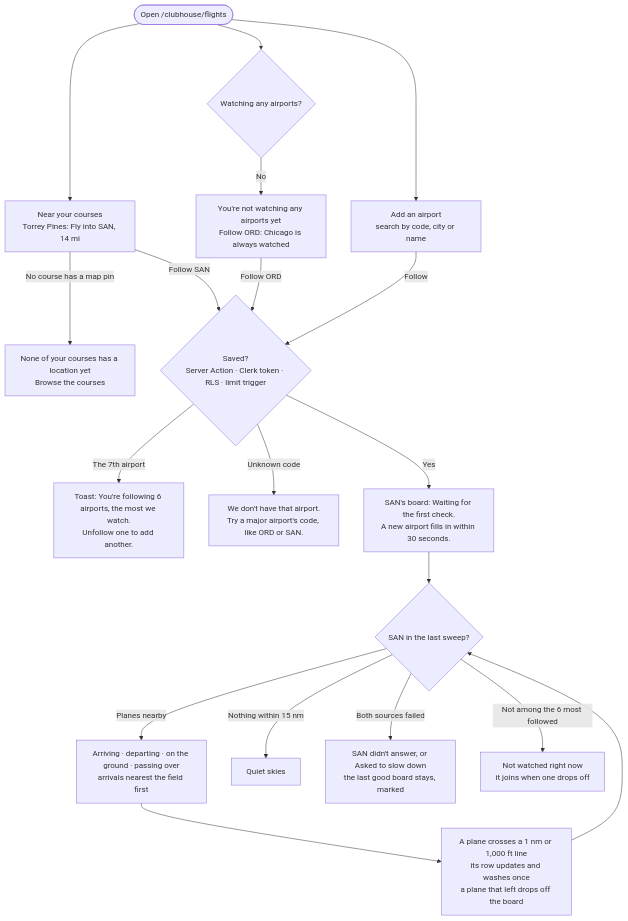
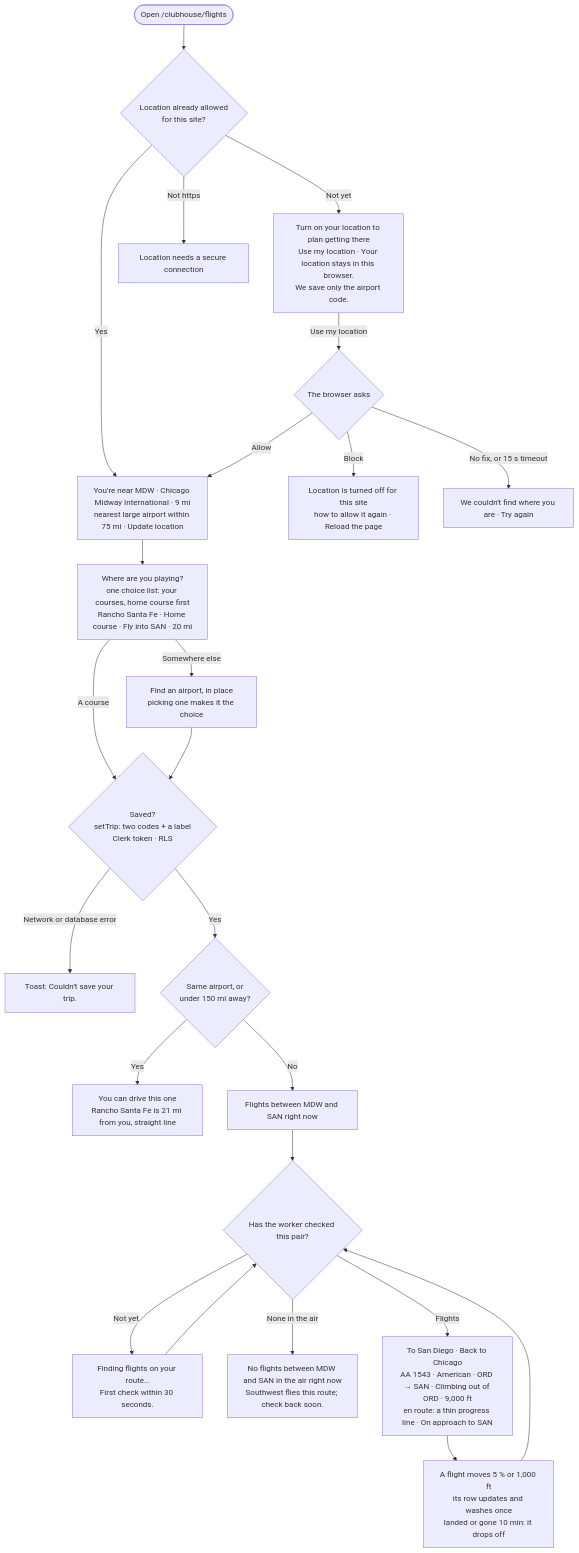
One commit to hewittw/18-eagles-members changed the fifth of 7 diagrams in flows.md. Above: the diagram before and after it, drawn with Mermaid. The commit also changed other lines of this file and 8 other files, not shown here.

Commit message:
docs: Flights as a trip (data-flow as built, flow 5, README sources and budget incl. adsbdb, credits, talking points, log)

````diff
--- a/flows.md
+++ b/flows.md
@@ -129,21 +130,26 @@
 ```mermaid
 flowchart TD
-  A0([Open /clubhouse/flights]) --> A1["Near your courses<br/>Torrey Pines: Fly into SAN, 14 mi"]
-  A1 -- "No course has a map pin" --> A2["None of your courses has a location yet<br/>Browse the courses"]
-  A0 --> A3{"Watching any airports?"}
-  A3 -- "No" --> A4["You're not watching any airports yet<br/>Follow ORD: Chicago is always watched"]
-  A0 --> A5["Add an airport<br/>search by code, city or name"]
-  A1 -- "Follow SAN" --> V1
-  A4 -- "Follow ORD" --> V1
-  A5 -- "Follow" --> V1{"Saved?<br/>Server Action · Clerk token · RLS · limit trigger"}
-  V1 -- "The 7th airport" --> E1["Toast: You're following 6 airports, the most we watch.<br/>Unfollow one to add another."]
-  V1 -- "Unknown code" --> E2["We don't have that airport.<br/>Try a major airport's code, like ORD or SAN."]
-  V1 -- "Yes" --> B1["SAN's board: Waiting for the first check.<br/>A new airport fills in within 30 seconds."]
-  B1 --> B2{"SAN in the last sweep?"}
-  B2 -- "Planes nearby" --> B3["Arriving · departing · on the ground · passing over<br/>arrivals nearest the field first"]
-  B2 -- "Nothing within 15 nm" --> B4["Quiet skies"]
-  B2 -- "Both sources failed" --> B5["SAN didn't answer, or Asked to slow down<br/>the last good board stays, marked"]
-  B2 -- "Not among the 6 most followed" --> B6["Not watched right now<br/>it joins when one drops off"]
-  B3 --> B7["A plane crosses a 1 nm or 1,000 ft line<br/>its row updates and washes once<br/>a plane that left drops off the board"]
-  B7 --> B2
+  A0([Open /clubhouse/flights]) --> G1{"Location already allowed<br/>for this site?"}
+  G1 -- "Yes" --> L1
+  G1 -- "Not yet" --> G2["Turn on your location to plan getting there<br/>Use my location · Your location stays in this browser.<br/>We save only the airport code."]
+  G2 -- "Use my location" --> G3{"The browser asks"}
+  G3 -- "Block" --> E1["Location is turned off for this site<br/>how to allow it again · Reload the page"]
+  G3 -- "No fix, or 15 s timeout" --> E2["We couldn't find where you are · Try again"]
+  G1 -- "Not https" --> E3["Location needs a secure connection"]
+  G3 -- "Allow" --> L1["You're near MDW · Chicago Midway International · 9 mi<br/>nearest large airport within 75 mi · Update location"]
+  L1 --> W1["Where are you playing?<br/>one choice list: your courses, home course first<br/>Rancho Santa Fe · Home course · Fly into SAN · 20 mi"]
+  W1 -- "Somewhere else" --> W2["Find an airport, in place<br/>picking one makes it the choice"]
+  W1 -- "A course" --> S1
+  W2 --> S1{"Saved?<br/>setTrip: two codes + a label<br/>Clerk token · RLS"}
+  S1 -- "Network or database error" --> E4["Toast: Couldn't save your trip."]
+  S1 -- "Yes" --> D1{"Same airport, or<br/>under 150 mi away?"}
+  D1 -- "Yes" --> D2["You can drive this one<br/>Rancho Santa Fe is 21 mi from you, straight line"]
+  D1 -- "No" --> B1["Flights between MDW and SAN right now"]
+  B1 --> B2{"Has the worker checked this pair?"}
+  B2 -- "Not yet" --> B3["Finding flights on your route…<br/>First check within 30 seconds."]
+  B2 -- "None in the air" --> B4["No flights between MDW and SAN in the air right now<br/>Southwest flies this route; check back soon."]
+  B2 -- "Flights" --> B5["To San Diego · Back to Chicago<br/>AA 1543 · American · ORD → SAN · Climbing out of ORD · 9,000 ft<br/>en route: a thin progress line · On approach to SAN"]
+  B3 --> B2
+  B5 --> B6["A flight moves 5 % or 1,000 ft<br/>its row updates and washes once<br/>landed or gone 10 min: it drops off"]
+  B6 --> B2
 ```
````
